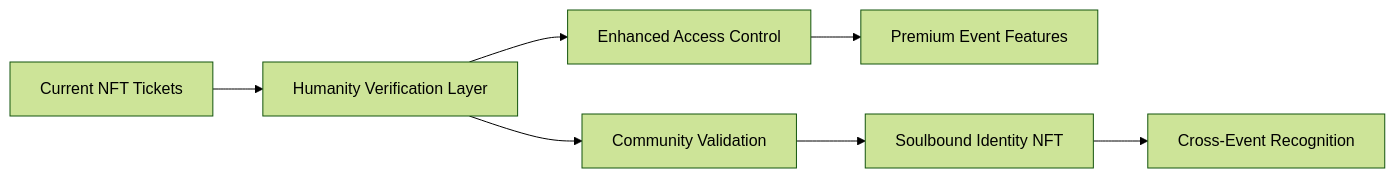
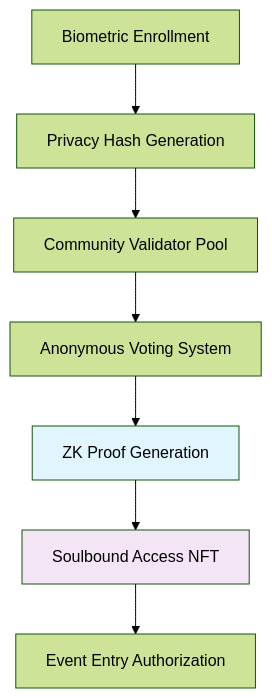
The second of 2 diagrams in README.md (luucamay/unique-tickets), drawn with Mermaid (forest theme) before and after one commit. The commit also changed other lines of this file, not shown here.

````diff
--- a/README.md
+++ b/README.md
@@ -738,10 +263,12 @@
 ```mermaid
-graph LR
-    A[Current NFT Tickets] --> B[Humanity Verification Layer]
-    B --> C[Enhanced Access Control]
-    C --> D[Premium Event Features]
+graph TD
+    A[Biometric Enrollment] --> B[Privacy Hash Generation]
+    B --> C[Community Validator Pool]
+    C --> D[Anonymous Voting System]
+    D --> E[ZK Proof Generation]
+    E --> F[Soulbound Access NFT]
+    F --> G[Event Entry Authorization]
     
-    B --> E[Community Validation]
-    E --> F[Soulbound Identity NFT]
-    F --> G[Cross-Event Recognition]
+    style E fill:#e1f5fe
+    style F fill:#f3e5f5
 ```
````
